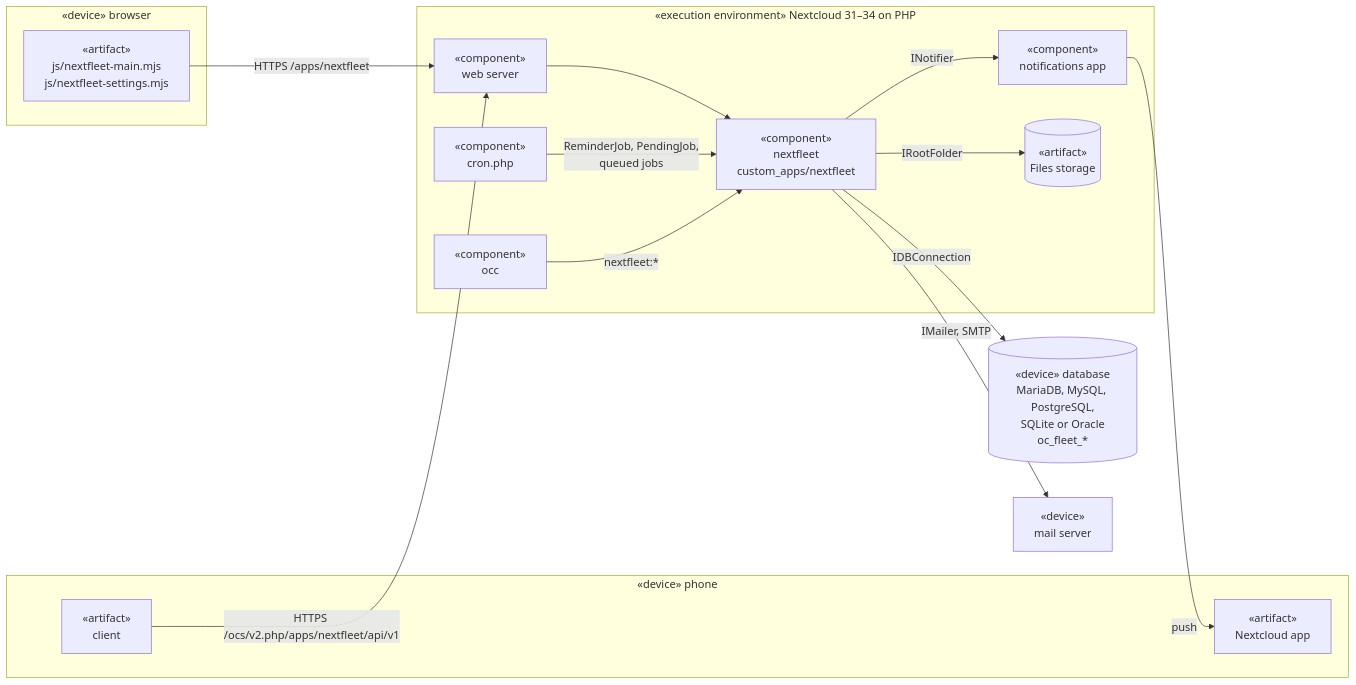
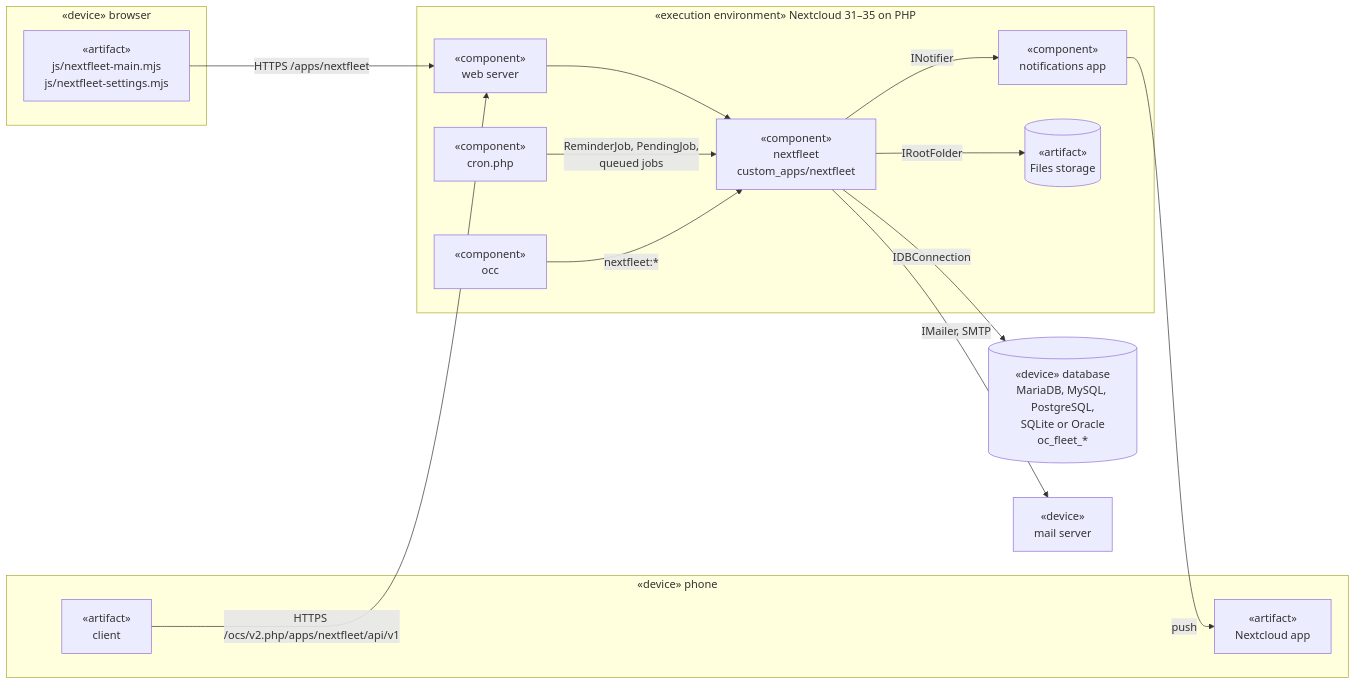
The eighth of 8 diagrams in docs/design/context.md (typical42/next-fleet), drawn with Mermaid before and after one commit. The commit also changed 47 other files, not shown here.

````diff
--- a/docs/design/context.md
+++ b/docs/design/context.md
@@ -211,30 +211,30 @@
 ```mermaid
 flowchart LR
     subgraph browser["«device» browser"]
         bundle["«artifact»<br/>js/nextfleet-main.mjs<br/>js/nextfleet-settings.mjs"]
     end
     subgraph phone["«device» phone"]
         clientApp["«artifact»<br/>client"]
         ncApp["«artifact»<br/>Nextcloud app"]
     end
-    subgraph host["«execution environment» Nextcloud 31–34 on PHP"]
+    subgraph host["«execution environment» Nextcloud 31–35 on PHP"]
         web["«component»<br/>web server"]
         cron["«component»<br/>cron.php"]
         occ["«component»<br/>occ"]
         app["«component»<br/>nextfleet<br/>custom_apps/nextfleet"]
         notifications["«component»<br/>notifications app"]
         files[("«artifact»<br/>Files storage")]
     end
     db[("«device» database<br/>MariaDB, MySQL, PostgreSQL,<br/>SQLite or Oracle<br/>oc_fleet_*")]
     smtp["«device»<br/>mail server"]
     bundle -->|"HTTPS /apps/nextfleet"| web
     clientApp -->|"HTTPS /ocs/v2.php/apps/nextfleet/api/v1"| web
     web --> app
     cron -->|"ReminderJob, PendingJob,<br/>queued jobs"| app
     occ -->|"nextfleet:*"| app
     app -->|IDBConnection| db
     app -->|IRootFolder| files
     app -->|INotifier| notifications
     notifications -->|push| ncApp
     app -->|"IMailer, SMTP"| smtp
 ```
````
